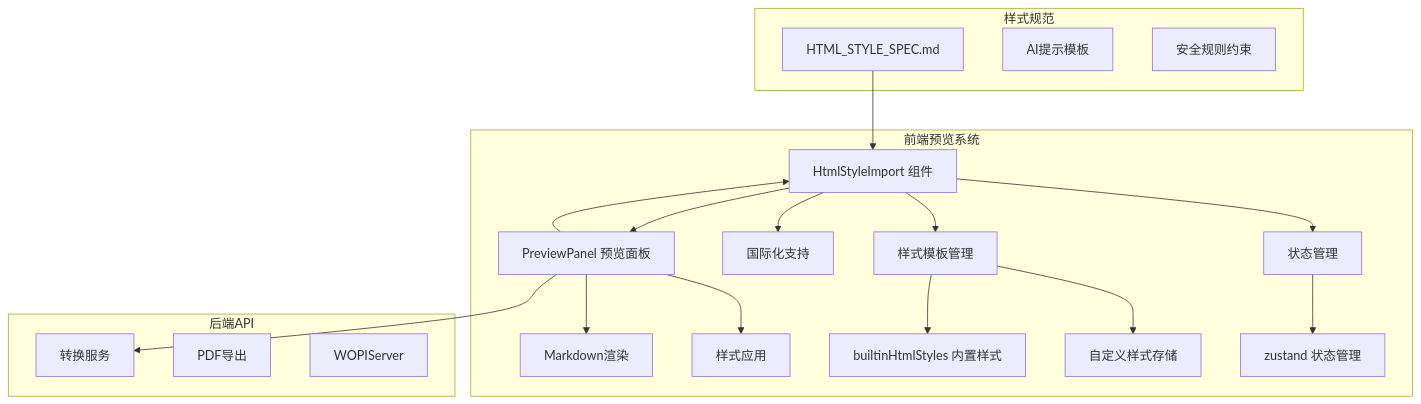
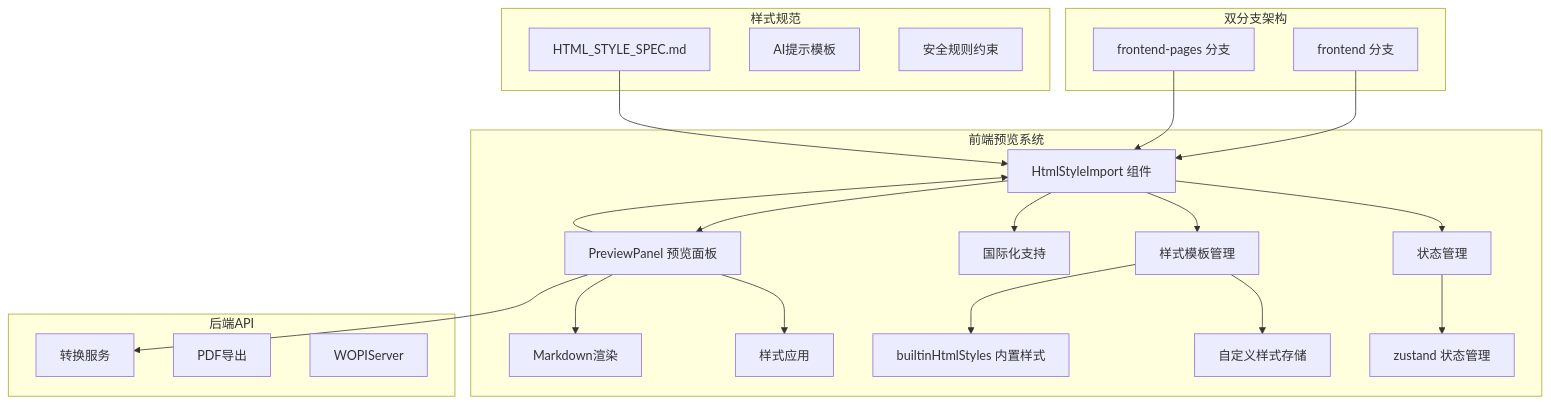
The first of 8 diagrams in .lingma/repowiki/zh/content/用户指南/前端界面现代化/HTML样式导入系统.md (wanwushelie/markdown-to-word-studio), drawn with Mermaid before and after one commit. The commit also changed other lines of this file and 82 other files, not shown here.

````diff
--- a/.lingma/repowiki/zh/content/用户指南/前端界面现代化/HTML样式导入系统.md
+++ b/.lingma/repowiki/zh/content/用户指南/前端界面现代化/HTML样式导入系统.md
@@ -43,27 +59,33 @@
 ```mermaid
 graph TB
 subgraph "前端预览系统"
 A[HtmlStyleImport 组件] --> B[样式模板管理]
 A --> C[国际化支持]
 A --> D[状态管理]
 E[PreviewPanel 预览面板] --> A
 E --> F[Markdown渲染]
 E --> G[样式应用]
 B --> H[builtinHtmlStyles 内置样式]
 B --> I[自定义样式存储]
 D --> J[zustand 状态管理]
 end
 subgraph "样式规范"
 K[HTML_STYLE_SPEC.md]
 L[AI提示模板]
 M[安全规则约束]
 end
 subgraph "后端API"
 N[转换服务]
 O[PDF导出]
 P[WOPIServer]
 end
+subgraph "双分支架构"
+Q[frontend 分支]
+R[frontend-pages 分支]
+Q --> A
+R --> A
+end
 K --> A
 A --> E
 E --> N
 ```
````
